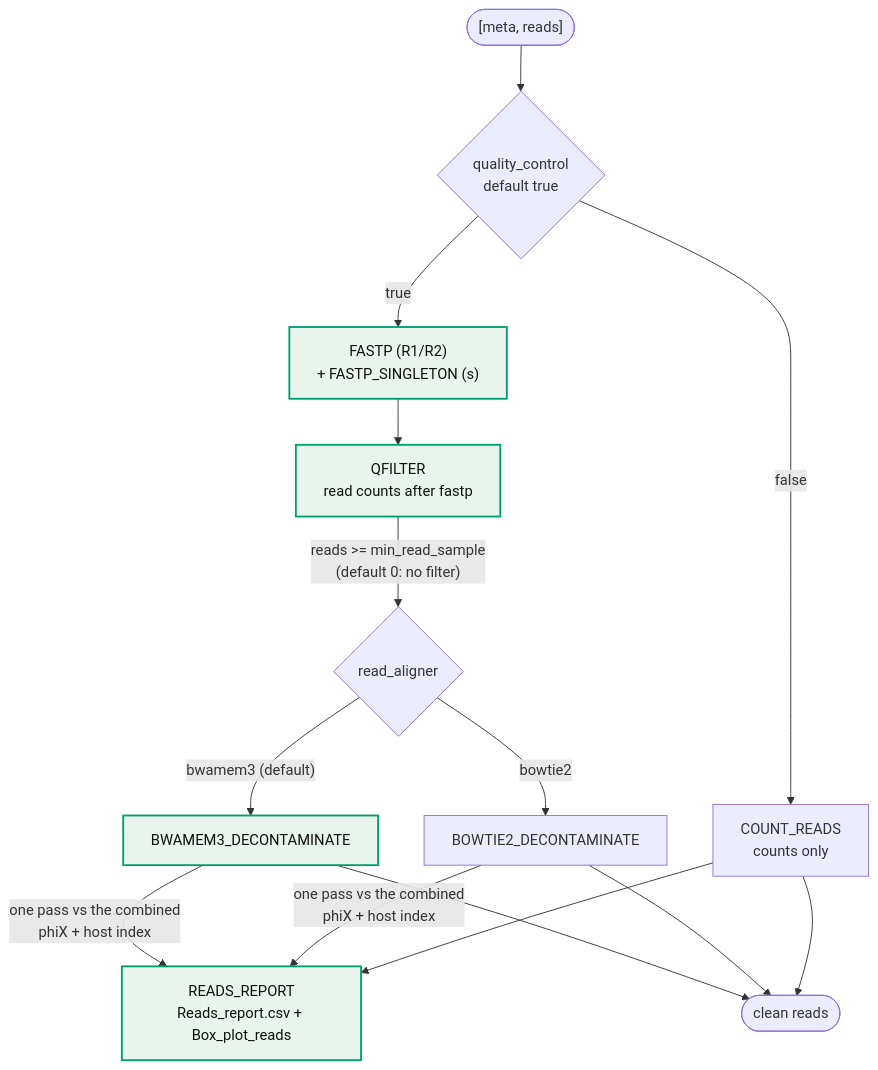
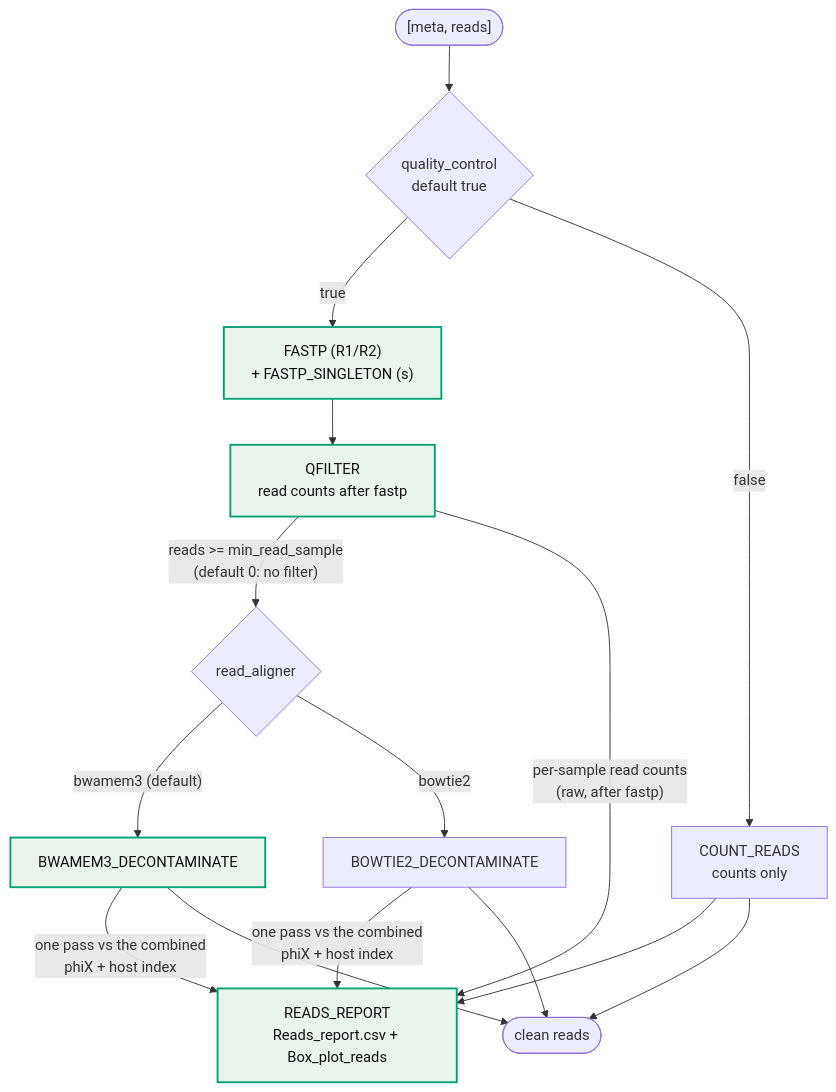
Before and after one commit to gene2dis/BugBuster: the fourth of 13 diagrams in docs/WORKFLOW_DIAGRAM.md, drawn with Mermaid. The commit also changed other lines of this file and 2 other files, not shown here.

First line of the commit message:
fix(diagrams): second review round on the diagram check and the stage wiring

````diff
--- a/docs/WORKFLOW_DIAGRAM.md
+++ b/docs/WORKFLOW_DIAGRAM.md
@@ -191,16 +191,17 @@
 ```mermaid
 flowchart TD
     Reads(["[meta, reads]"]) --> Q{quality_control<br/>default true}
     Q -->|true| FASTP["FASTP (R1/R2)<br/>+ FASTP_SINGLETON (s)"]
     FASTP --> QFILTER["QFILTER<br/>read counts after fastp"]
     QFILTER -->|"reads >= min_read_sample<br/>(default 0: no filter)"| Decon{read_aligner}
     Decon -->|"bwamem3 (default)"| BWAMEM3_DECONTAMINATE
     Decon -->|bowtie2| BOWTIE2_DECONTAMINATE
     BWAMEM3_DECONTAMINATE & BOWTIE2_DECONTAMINATE -->|"one pass vs the combined<br/>phiX + host index"| READS_REPORT
+    QFILTER -->|"per-sample read counts<br/>(raw, after fastp)"| READS_REPORT
     Q -->|false| COUNT_READS["COUNT_READS<br/>counts only"]
     COUNT_READS --> READS_REPORT["READS_REPORT<br/>Reads_report.csv + Box_plot_reads"]
     BWAMEM3_DECONTAMINATE & BOWTIE2_DECONTAMINATE & COUNT_READS --> Clean(["clean reads"])
 
     classDef on fill:#E8F4EC,stroke:#009E73,stroke-width:2px,color:#111
     class FASTP,QFILTER,BWAMEM3_DECONTAMINATE,READS_REPORT on
 ```
````
